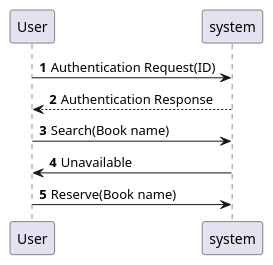
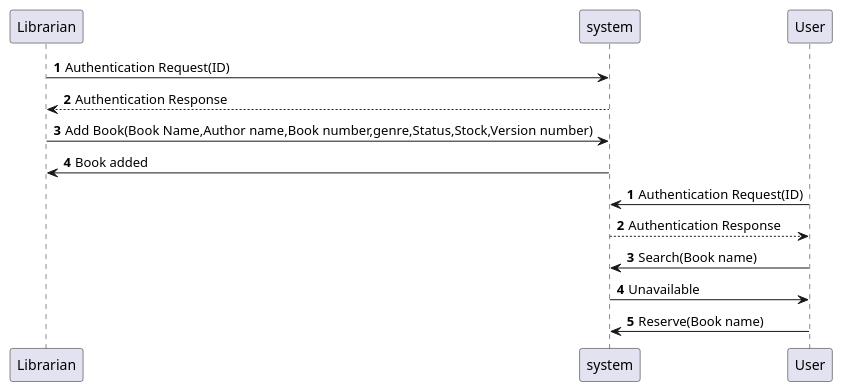
Before and after one commit to SalmaAzeem/library-system: the diagram in diagrams/Project_SSD.puml, drawn with PlantUML.

```diff
--- a/diagrams/Project_SSD.puml
+++ b/diagrams/Project_SSD.puml
@@ -1,13 +1,18 @@
 @startuml
+autonumber
+Librarian->system : Authentication Request(ID)
+system --> Librarian: Authentication Response
+Librarian -> system : Add Book(Book Name,Author name,Book number,genre,Status,Stock,Version number)
+system -> Librarian : Book added
 
 
 autonumber
 User->system : Authentication Request(ID)
 system --> User: Authentication Response
 User -> system : Search(Book name)
 system-> User : Unavailable
 User -> system : Reserve(Book name)
 
 
 
 @enduml
```
